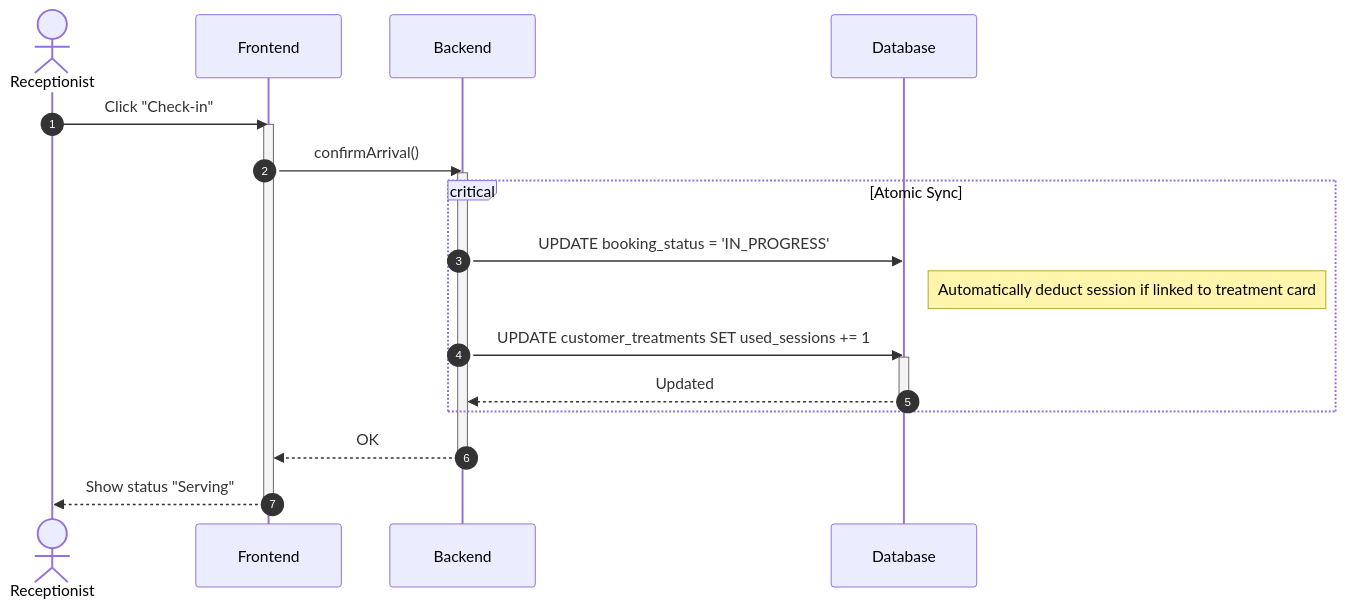
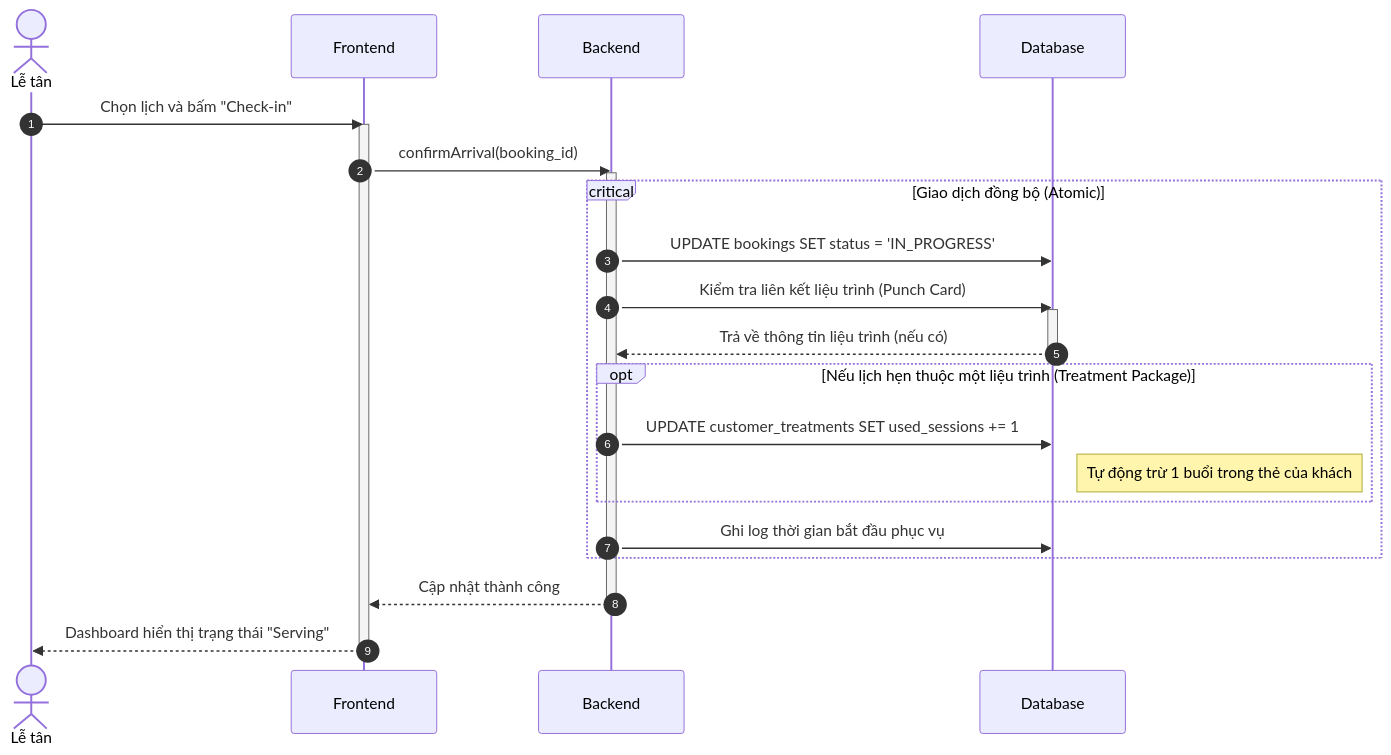
The first of 2 diagrams in docs/design/sequences_simplified/receptionist_flows.md (ngoctinn/Synapse), drawn with Mermaid before and after one commit. The commit also changed other lines of this file and 4 other files, not shown here.

Commit message:
docs: Add simplified sequence diagrams for authentication and various user flows.

````diff
--- a/docs/design/sequences_simplified/receptionist_flows.md
+++ b/docs/design/sequences_simplified/receptionist_flows.md
@@ -79,27 +7,33 @@
 ```mermaid
 sequenceDiagram
     autonumber
-    actor LT as Receptionist
+    actor LT as Lễ tân
     participant FE as Frontend
     participant BE as Backend
     participant DB as Database
 
-    LT->>FE: Click "Check-in"
+    LT->>FE: Chọn lịch và bấm "Check-in"
     activate FE
-    FE->>BE: confirmArrival()
+    FE->>BE: confirmArrival(booking_id)
     activate BE
 
-    critical Atomic Sync
-        BE->>DB: UPDATE booking_status = 'IN_PROGRESS'
-        Note right of DB: Automatically deduct session if linked to treatment card
-        BE->>DB: UPDATE customer_treatments SET used_sessions += 1
+    critical Giao dịch đồng bộ (Atomic)
+        BE->>DB: UPDATE bookings SET status = 'IN_PROGRESS'
+        BE->>DB: Kiểm tra liên kết liệu trình (Punch Card)
         activate DB
-        DB-->>BE: Updated
+        DB-->>BE: Trả về thông tin liệu trình (nếu có)
         deactivate DB
+
+        opt Nếu lịch hẹn thuộc một liệu trình (Treatment Package)
+            BE->>DB: UPDATE customer_treatments SET used_sessions += 1
+            Note right of DB: Tự động trừ 1 buổi trong thẻ của khách
+        end
+
+        BE->>DB: Ghi log thời gian bắt đầu phục vụ
     end
 
-    BE-->>FE: OK
+    BE-->>FE: Cập nhật thành công
     deactivate BE
-    FE-->>LT: Show status "Serving"
+    FE-->>LT: Dashboard hiển thị trạng thái "Serving"
     deactivate FE
 ```
````
